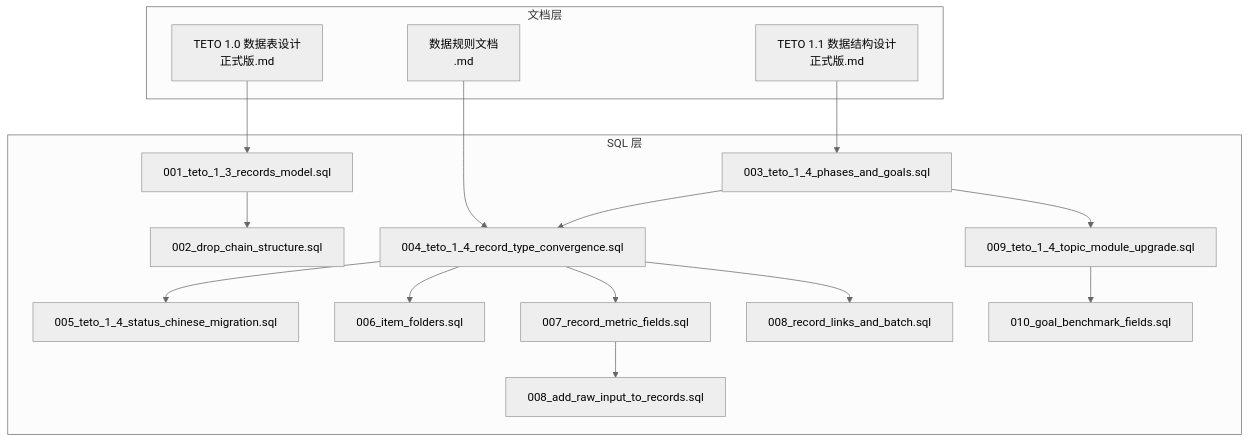
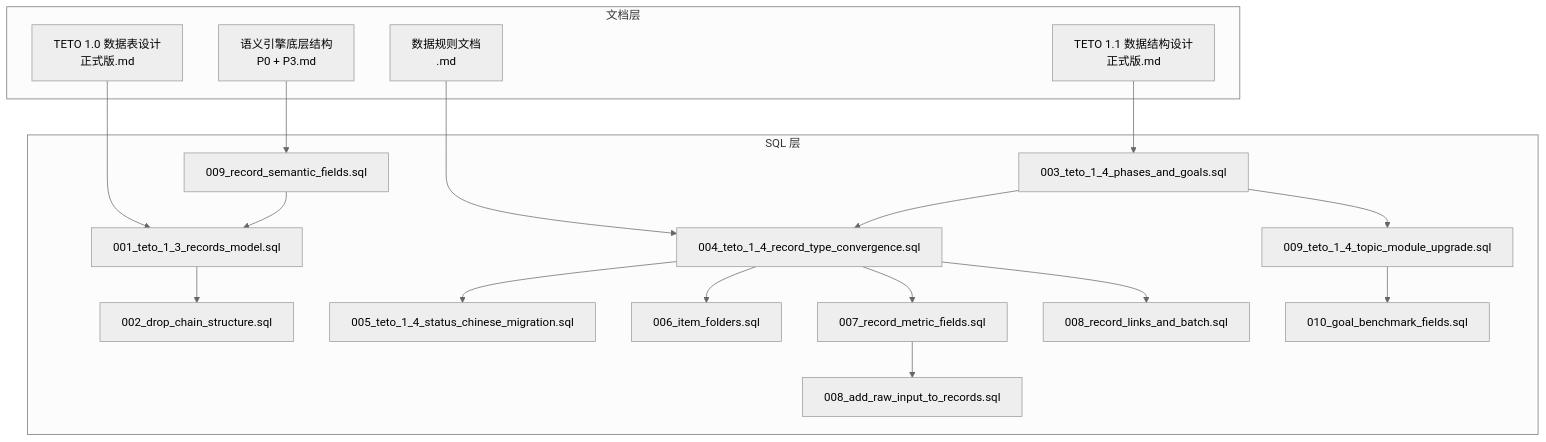
Before and after one commit to bbong1234/TETO: the first of 7 diagrams in .qoder/repowiki/zh/content/数据库设计/数据库设计.md, drawn with Mermaid (neutral theme). The commit also changed other lines of this file and 134 other files, not shown here.

````diff
--- a/.qoder/repowiki/zh/content/数据库设计/数据库设计.md
+++ b/.qoder/repowiki/zh/content/数据库设计/数据库设计.md
@@ -41,33 +46,37 @@
 ```mermaid
 graph TB
 subgraph "文档层"
 D1["TETO 1.0 数据表设计<br/>正式版.md"]
 D2["TETO 1.1 数据结构设计<br/>正式版.md"]
 D3["数据规则文档<br/>.md"]
+D4["语义引擎底层结构<br/>P0 + P3.md"]
 end
 subgraph "SQL 层"
 S1["001_teto_1_3_records_model.sql"]
 S2["002_drop_chain_structure.sql"]
 S3["003_teto_1_4_phases_and_goals.sql"]
 S4["004_teto_1_4_record_type_convergence.sql"]
 S5["005_teto_1_4_status_chinese_migration.sql"]
 S6["006_item_folders.sql"]
 S7["007_record_metric_fields.sql"]
 S8["008_add_raw_input_to_records.sql"]
 S9["008_record_links_and_batch.sql"]
 S10["009_teto_1_4_topic_module_upgrade.sql"]
 S11["010_goal_benchmark_fields.sql"]
+S12["009_record_semantic_fields.sql"]
 end
 D1 --> S1
 D2 --> S3
 D3 --> S4
+D4 --> S12
 S1 --> S2
 S3 --> S4
 S4 --> S5
 S4 --> S6
 S4 --> S7
 S7 --> S8
 S4 --> S9
 S3 --> S10
 S10 --> S11
+S12 --> S1
 ```
````
